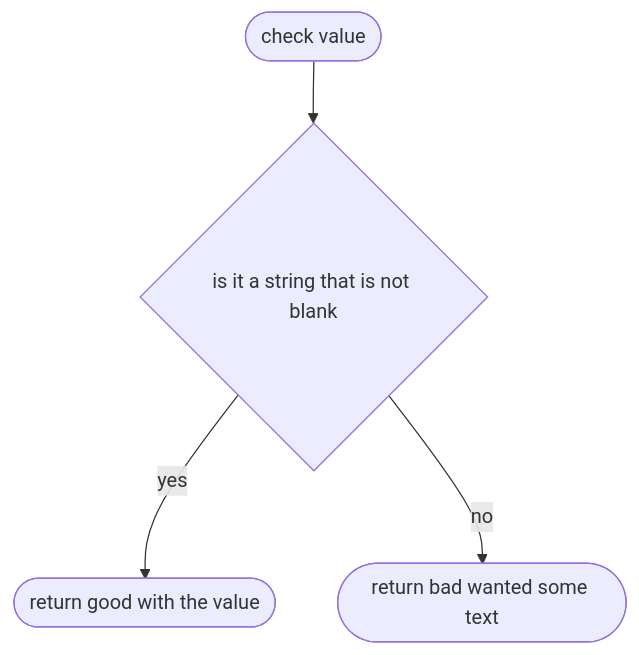
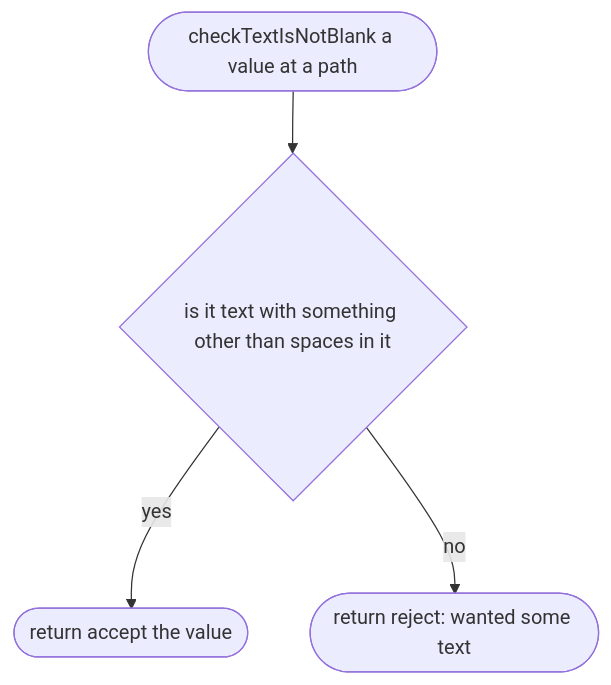
One commit to NewDara-Star/world-engine changed the eighth of 37 diagrams in docs/designs/src/place/parse.md. Above: the diagram before and after it, drawn with Mermaid. The commit also changed other lines of this file and 9 other files, not shown here.

````diff
--- a/docs/designs/src/place/parse.md
+++ b/docs/designs/src/place/parse.md
@@ -66,10 +117,10 @@
 ```mermaid
 flowchart TD
-  s(["check value"])
-  a{"is it a string that is not blank"}
-  b(["return good with the value"])
-  c(["return bad wanted some text"])
+  s(["checkTextIsNotBlank a value at a path"])
+  a{"is it text with something other than spaces in it"}
+  b(["return accept the value"])
+  c(["return reject: wanted some text"])
   s --> a
   a -->|"yes"| b
   a -->|"no"| c
 ```
````
